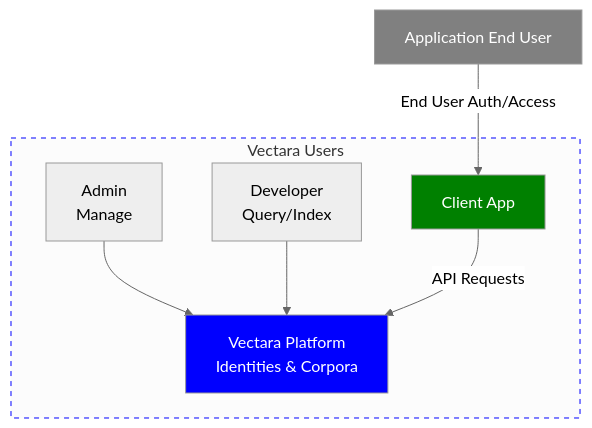
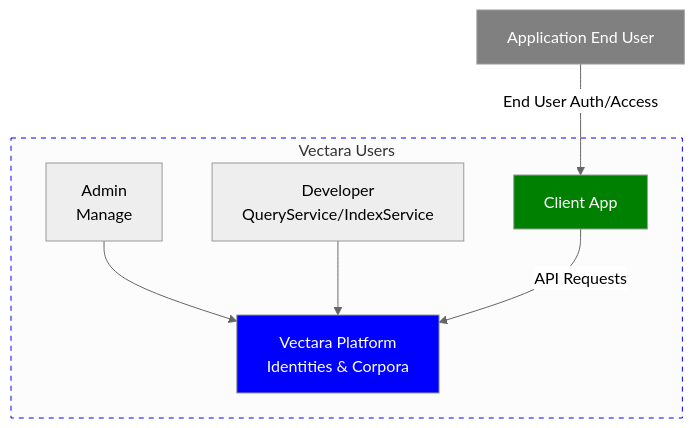
One commit to vectara/vectara-docs changed the diagram in www/docs/learn/authentication/authentication-authorization-vectara.mdx. Above: the diagram before and after it, drawn with Mermaid (neutral theme). The commit also changed other lines of this file and 6 other files, not shown here.

````diff
--- a/www/docs/learn/authentication/authentication-authorization-vectara.mdx
+++ b/www/docs/learn/authentication/authentication-authorization-vectara.mdx
@@ -32,22 +32,22 @@
 ```mermaid
 graph TD
     subgraph Vectara_Users[Vectara Users]
         A[Admin<br>Manage]
-        B[Developer<br>Query/Index]
+        B[Developer<br>QueryService/IndexService]
         A --> C
         B --> C
         C[Vectara Platform<br>Identities & Corpora]
         D --> |API Requests|C
         D[Client App]
     end
     E[Application End User] -->|End User Auth/Access| D
 
     classDef blue stroke:#00f,stroke-dasharray: 5 5;
     classDef blueFill fill:#00f,color:#fff;
     classDef green fill:#008000,color:#fff;
     classDef gray fill:#808080,color:#fff;
     class Vectara_Users blue;
     class C blueFill;
     class D green;
     class E gray;
 ```
````
